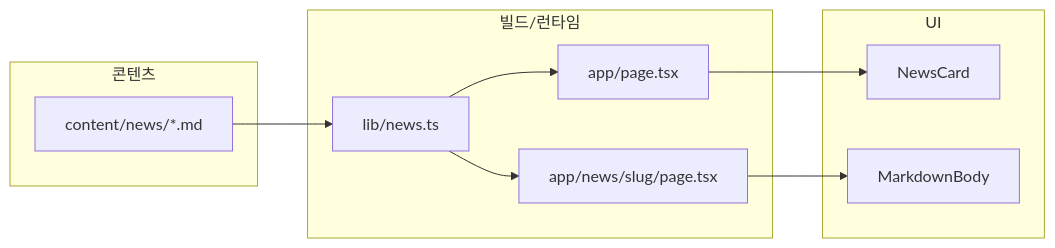
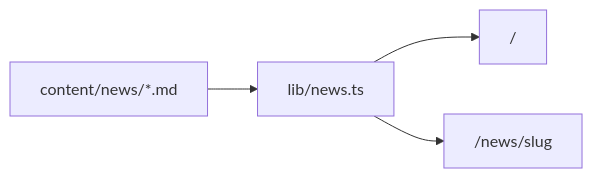
Before and after one commit to kwaneung/chulgeun-han-ip: the diagram in README.md, drawn with Mermaid. The commit also changed other lines of this file, not shown here.

````diff
--- a/README.md
+++ b/README.md
@@ -31,20 +35,10 @@
 ```mermaid
 flowchart LR
-  subgraph content [콘텐츠]
-    MD["content/news/*.md"]
-  end
-  subgraph build [빌드/런타임]
-    LIB["lib/news.ts"]
-    PAGE["app/page.tsx"]
-    DETAIL["app/news/slug/page.tsx"]
-    MD --> LIB
-    LIB --> PAGE
-    LIB --> DETAIL
-  end
-  subgraph ui [UI]
-    CARD["NewsCard"]
-    BODY["MarkdownBody"]
-    PAGE --> CARD
-    DETAIL --> BODY
-  end
+  MD["content/news/*.md"]
+  LIB["lib/news.ts"]
+  HOME["/"]
+  DETAIL["/news/slug"]
+  MD --> LIB
+  LIB --> HOME
+  LIB --> DETAIL
 ```
````
